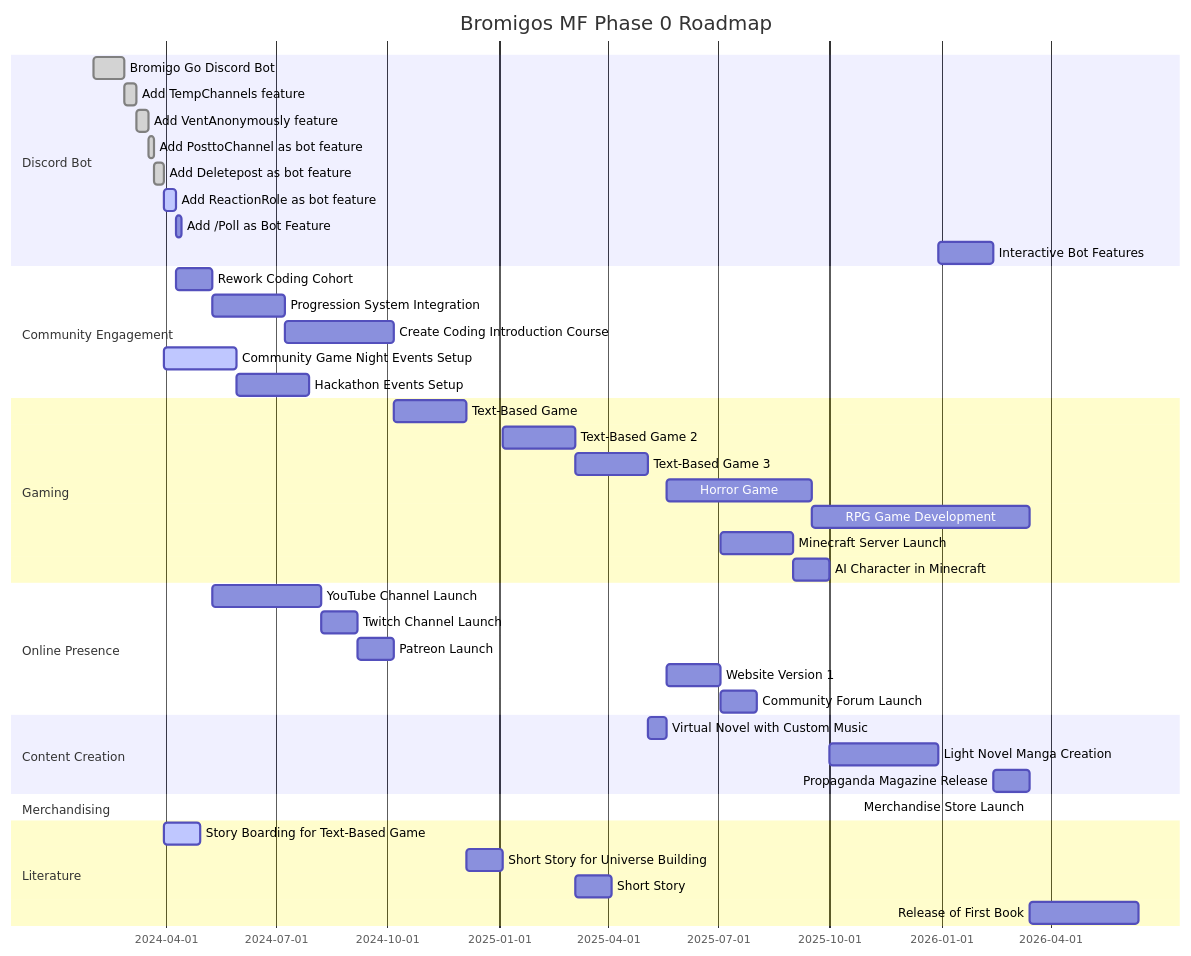
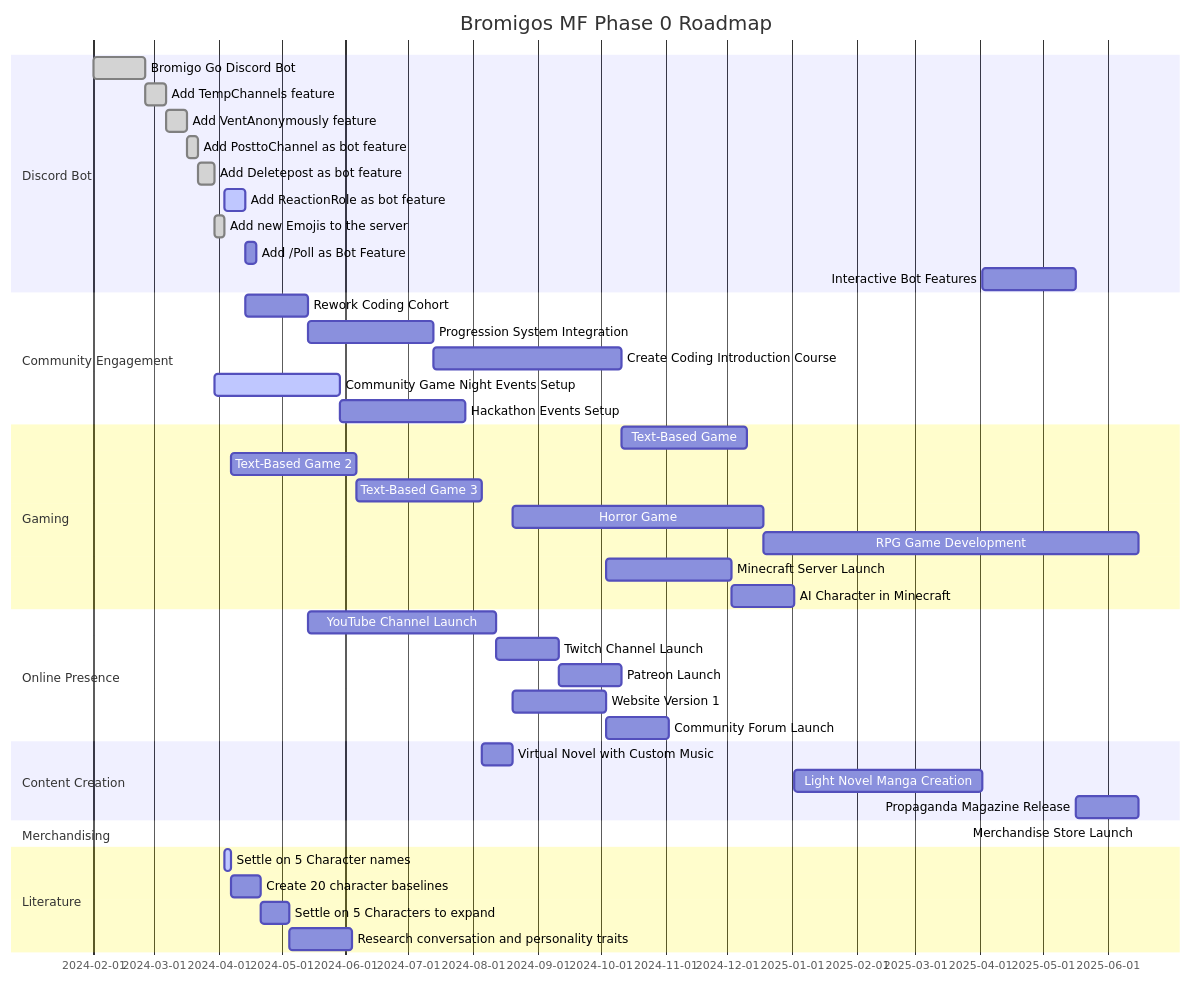
One commit to bromigos-org/.github changed the diagram in profile/README.md. Above: the diagram before and after it, drawn with Mermaid.

Commit message:
Updated: roadmap

````diff
--- a/profile/README.md
+++ b/profile/README.md
@@ -5,54 +5,55 @@
 ```mermaid
 gantt
     dateFormat  YYYY-MM-DD
     title Bromigos MF Phase 0 Roadmap
 
     section Discord Bot
     Bromigo Go Discord Bot        :done, bot1, 2024-02-01, 25d
     Add TempChannels feature     :done, vap1, after bot1, 10d
     Add VentAnonymously feature        :done, tcp1, after vap1, 10d
     Add PosttoChannel as bot feature       :done, ptc1, after tcp1, 5d
     Add Deletepost as bot feature        :done, dp1, after ptc1, 8d
-    Add ReactionRole as bot feature      :active,        rr1, after dp1, 10d
+    Add ReactionRole as bot feature      :active,        rr1, after ne1, 10d
+    Add new Emojis to the server      :done,        ne1, after dp1, 5d
     Add /Poll as Bot Feature       :        poll1, after rr1, 5d
     Interactive Bot Features        :        ibf1, after manga1, 45d
 
     section Community Engagement
     Rework Coding Cohort          :        rcc1, after rr1, 30d
     Progression System Integration:        psi1, after rcc1, 60d
     Create Coding Introduction Course:      cic1, after psi1, 90d
     Community Game Night Events Setup          :active,        cgn1, after dp1, 60d
     Hackathon Events Setup               :        hack1, after cgn1, 60d
 
     section Gaming
     Text-Based Game                 :        tb1, after pat1, 60d
     Text-Based Game 2               :        tb2, after ss1, 60d
     Text-Based Game 3               :        tb3, after tb2, 60d
     Horror Game                     :        hg1, after vn1, 120d
     RPG Game Development            :        rpg1, after hg1, 180d
     Minecraft Server Launch         :        mc1, after web1, 60d
     AI Character in Minecraft       :        ai1, after mc1, 30d
 
     section Online Presence
     YouTube Channel Launch          :        yt1, after rcc1, 90d
     Twitch Channel Launch           :        twitch1, after yt1, 30d
     Patreon Launch                  :        pat1, after twitch1, 30d
     Website Version 1               :        web1, after vn1, 45d
     Community Forum Launch          :        cf1, after web1, 30d
 
     section Content Creation
     Virtual Novel with Custom Music :        vn1, after tb3, 15d
     Light Novel Manga Creation      :        manga1, after ai1, 90d
     Propaganda Magazine Release     :        pm1, after ibf1, 30d
 
     section Merchandising
     Merchandise Store Launch        :        merch1, after pm1, 60ds
 
     section Literature
-    Story Boarding for Text-Based Game  :active,        sb1, after dp1, 30d
-    Short Story for Universe Building:      ss1, after tb1, 30d
-    Short Story            :        ssc1, after tb2, 30d
-    Release of First Book           :        book1, after rpg1, 90d
+    Settle on 5 Character names       :active,        scn1, after ne1, 3d
+    Create 20 character baselines     :        cb1, after scn1, 14d
+    Settle on 5 Characters to expand     :        scd1, after cb1, 14d
+    Research conversation and personality traits:        rcpt1, after scd1, 30d
 
 
 ```
````
